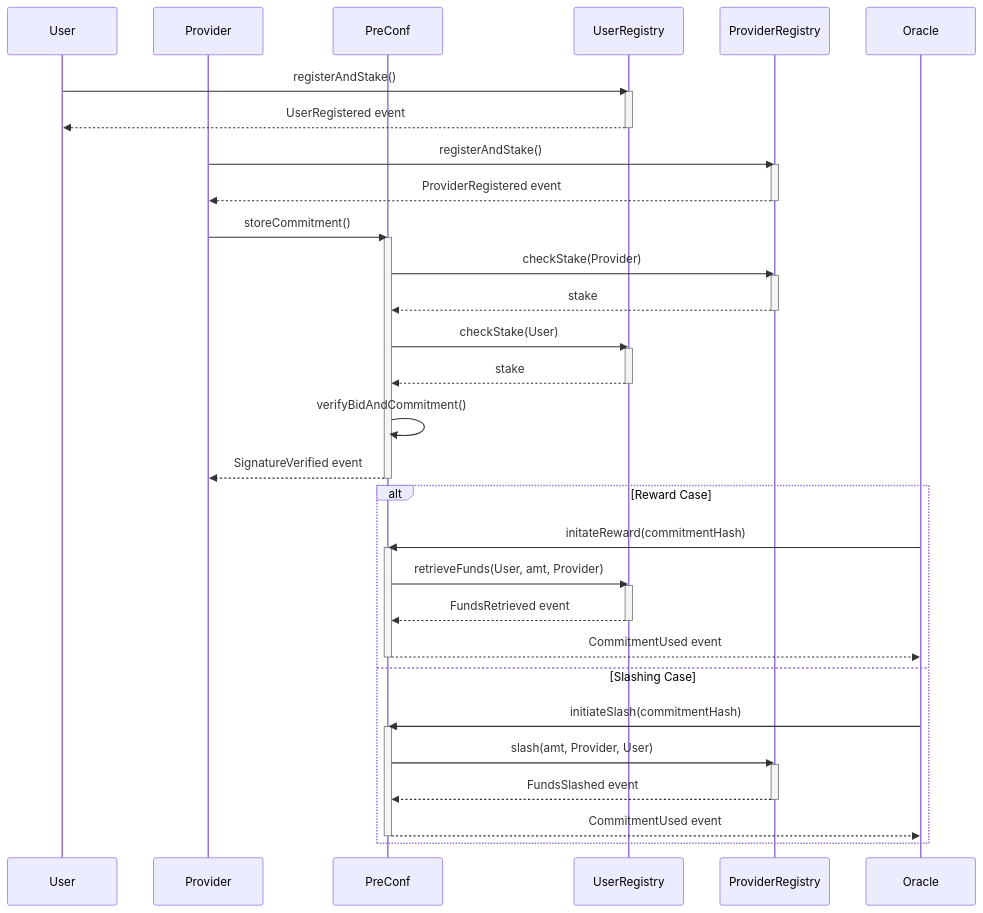
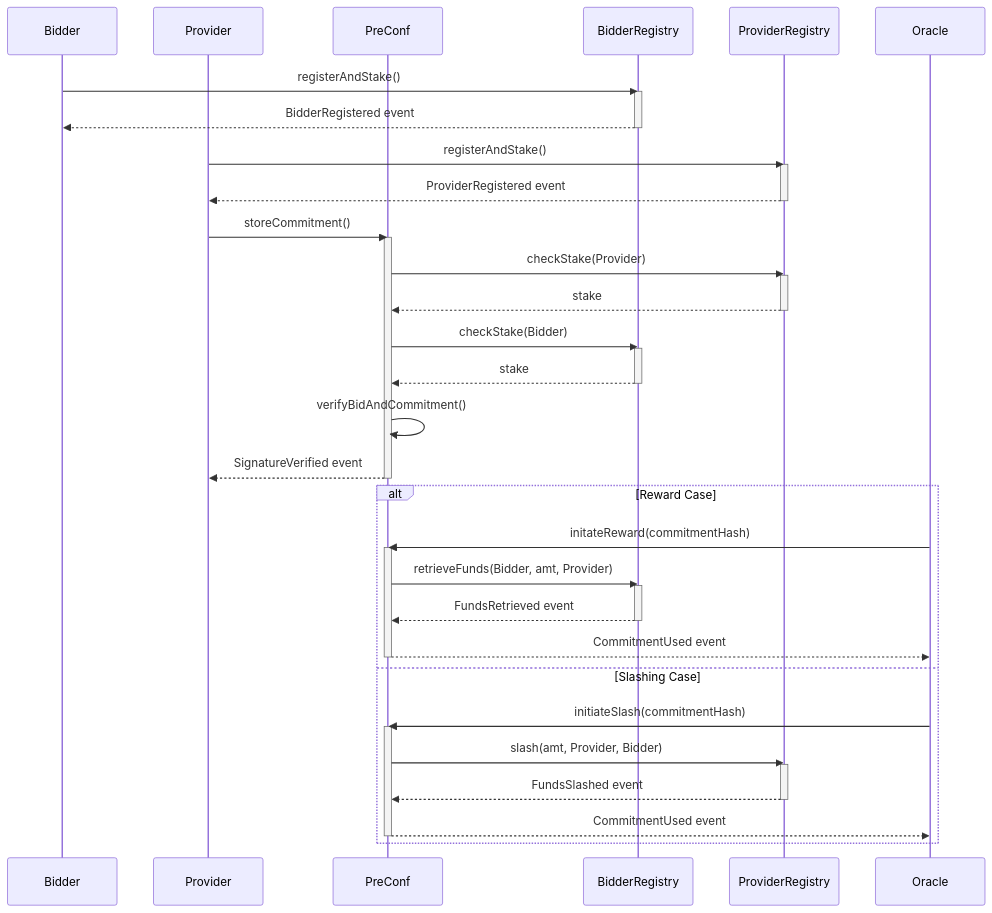
The diagram in README.md (primev/contracts), drawn with Mermaid before and after one commit. The commit also changed other lines of this file and 21 other files, not shown here.

````diff
--- a/README.md
+++ b/README.md
@@ -76,59 +76,59 @@
 ```mermaid
 sequenceDiagram
-    participant User
+    participant Bidder
     participant Provider
     participant PreConf
-    participant UserRegistry
+    participant BidderRegistry
     participant ProviderRegistry
     participant Oracle
 
-    User->>UserRegistry: registerAndStake()
-    activate UserRegistry
-    UserRegistry-->>User: UserRegistered event
-    deactivate UserRegistry
+    Bidder->>BidderRegistry: registerAndStake()
+    activate BidderRegistry
+    BidderRegistry-->>Bidder: BidderRegistered event
+    deactivate BidderRegistry
 
     Provider->>ProviderRegistry: registerAndStake()
     activate ProviderRegistry
     ProviderRegistry-->>Provider: ProviderRegistered event
     deactivate ProviderRegistry
 
     Provider->>PreConf: storeCommitment()
     activate PreConf
     PreConf->>ProviderRegistry: checkStake(Provider)
     activate ProviderRegistry
     ProviderRegistry-->>PreConf: stake
     deactivate ProviderRegistry
 
-    PreConf->>UserRegistry: checkStake(User)
-    activate UserRegistry
-    UserRegistry-->>PreConf: stake
-    deactivate UserRegistry
+    PreConf->>BidderRegistry: checkStake(Bidder)
+    activate BidderRegistry
+    BidderRegistry-->>PreConf: stake
+    deactivate BidderRegistry
 
     PreConf->>PreConf: verifyBidAndCommitment()
     PreConf-->>Provider: SignatureVerified event
     deactivate PreConf
 
     alt Reward Case
         Oracle->>PreConf: initateReward(commitmentHash)
         activate PreConf
-        PreConf->>UserRegistry: retrieveFunds(User, amt, Provider)
-        activate UserRegistry
-        UserRegistry-->>PreConf: FundsRetrieved event
-        deactivate UserRegistry
+        PreConf->>BidderRegistry: retrieveFunds(Bidder, amt, Provider)
+        activate BidderRegistry
+        BidderRegistry-->>PreConf: FundsRetrieved event
+        deactivate BidderRegistry
 
         PreConf-->>Oracle: CommitmentUsed event
         deactivate PreConf
 
     else Slashing Case
         Oracle->>PreConf: initiateSlash(commitmentHash)
         activate PreConf
-        PreConf->>ProviderRegistry: slash(amt, Provider, User)
+        PreConf->>ProviderRegistry: slash(amt, Provider, Bidder)
         activate ProviderRegistry
         ProviderRegistry-->>PreConf: FundsSlashed event
         deactivate ProviderRegistry
 
         PreConf-->>Oracle: CommitmentUsed event
         deactivate PreConf
     end
 
 ```
````
